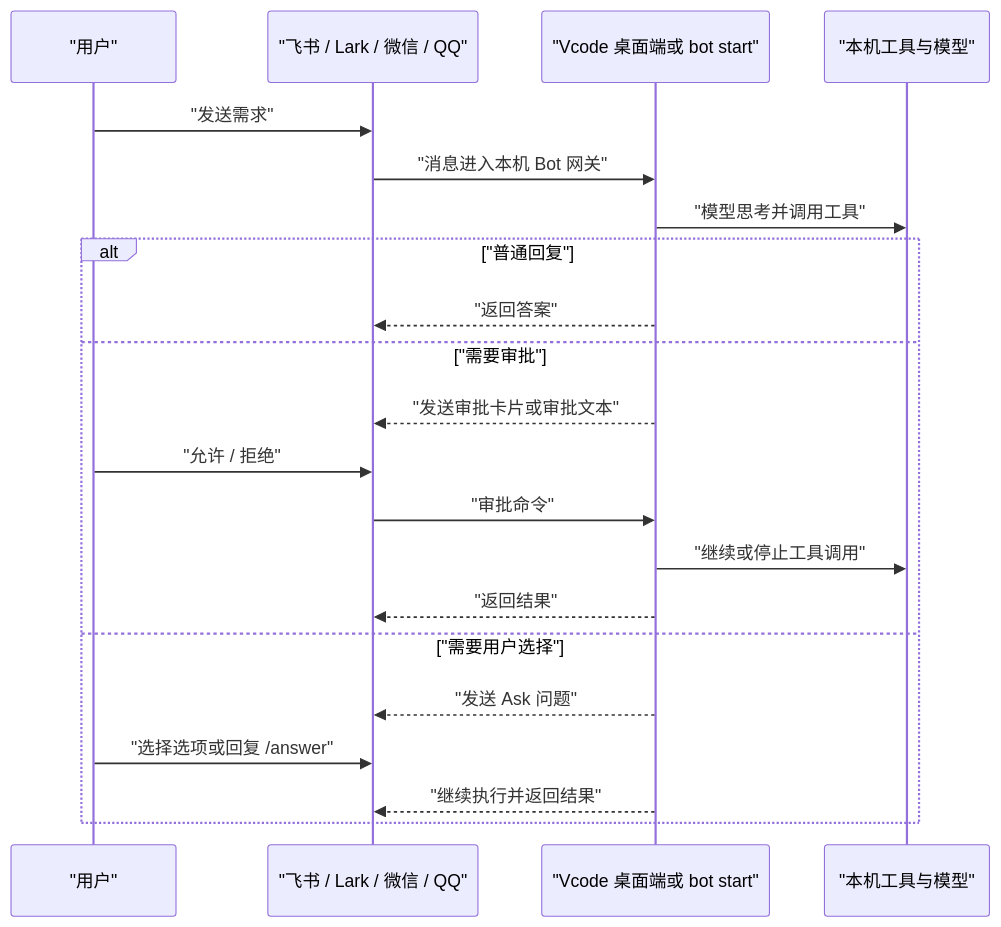
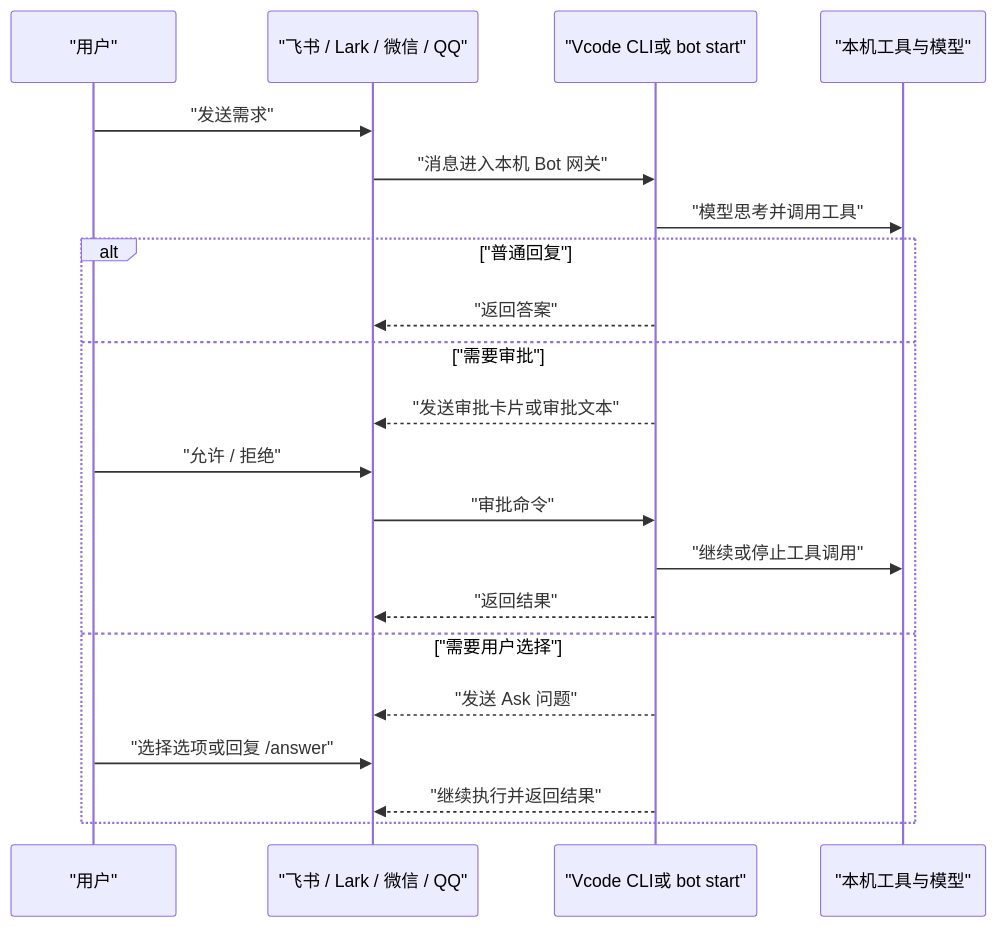
One commit to zylzyqzz/Vcode changed the second of 3 diagrams in docs/BOT_GUIDE.zh-CN.md. Above: the diagram before and after it, drawn with Mermaid. The commit also changed other lines of this file and 598 other files, not shown here.

````diff
--- a/docs/BOT_GUIDE.zh-CN.md
+++ b/docs/BOT_GUIDE.zh-CN.md
@@ -241,24 +241,24 @@
 ```mermaid
 sequenceDiagram
   participant U as "用户"
   participant IM as "飞书 / Lark / 微信 / QQ"
-  participant R as "Vcode 桌面端或 bot start"
+  participant R as "Vcode CLI或 bot start"
   participant T as "本机工具与模型"
 
   U->>IM: "发送需求"
   IM->>R: "消息进入本机 Bot 网关"
   R->>T: "模型思考并调用工具"
   alt "普通回复"
     R-->>IM: "返回答案"
   else "需要审批"
     R-->>IM: "发送审批卡片或审批文本"
     U->>IM: "允许 / 拒绝"
     IM->>R: "审批命令"
     R->>T: "继续或停止工具调用"
     R-->>IM: "返回结果"
   else "需要用户选择"
     R-->>IM: "发送 Ask 问题"
     U->>IM: "选择选项或回复 /answer"
     R-->>IM: "继续执行并返回结果"
   end
 ```
````
